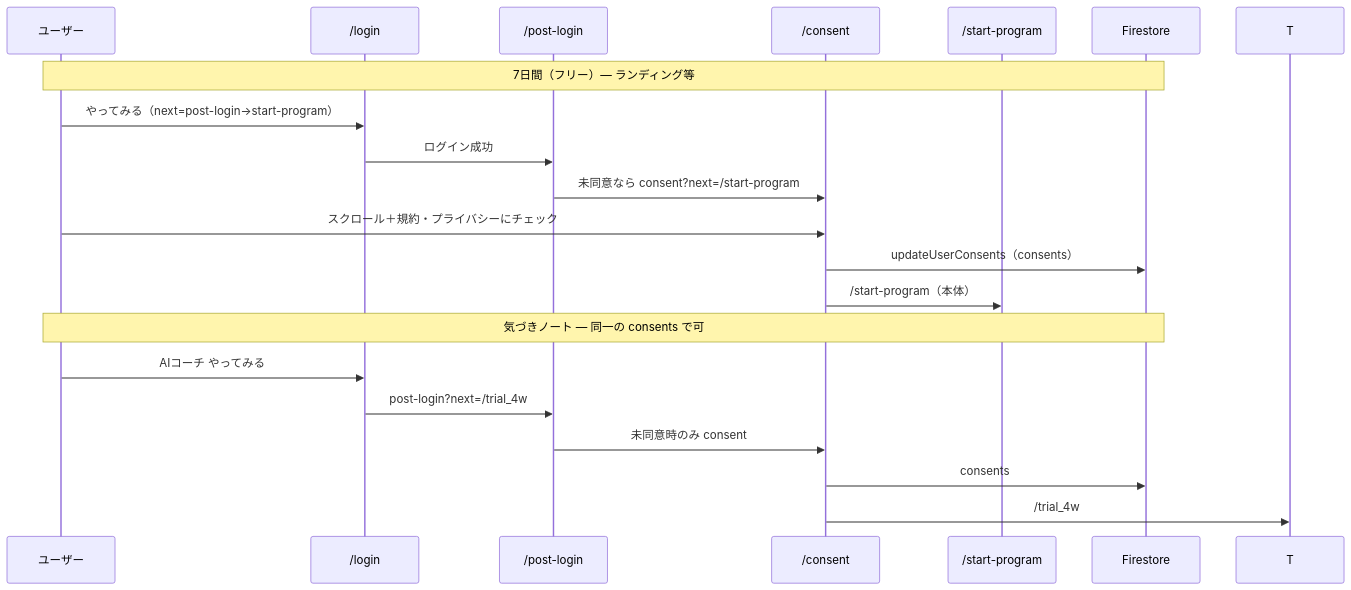
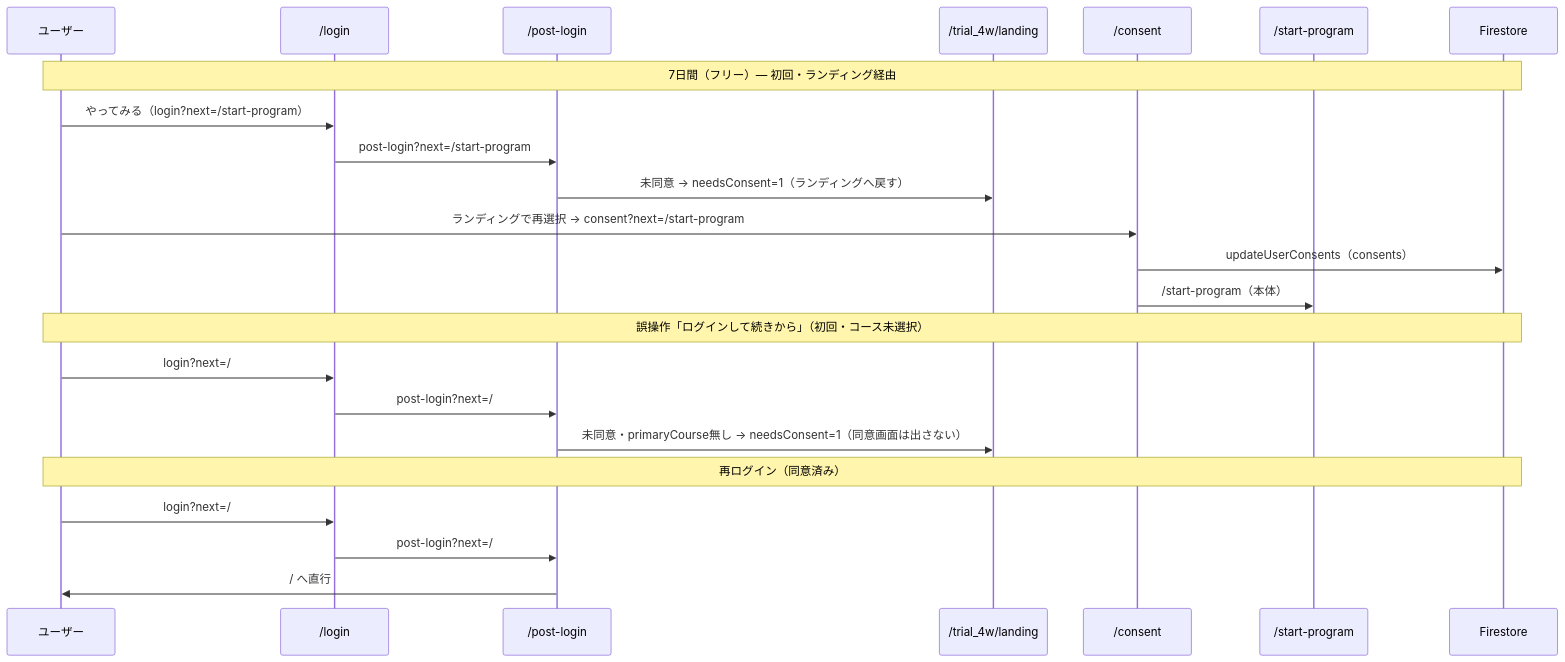
Before and after one commit to Tatsuro-Ikawa/project-02-manabiba: the diagram in docs/manabiba_01/04_HOME_SCREEN_IMPLEMENTATION.md, drawn with Mermaid. The commit also changed other lines of this file and 14 other files, not shown here.

````diff
--- a/docs/manabiba_01/04_HOME_SCREEN_IMPLEMENTATION.md
+++ b/docs/manabiba_01/04_HOME_SCREEN_IMPLEMENTATION.md
@@ -102,24 +106,28 @@
 ```mermaid
 sequenceDiagram
   participant U as ユーザー
   participant L as /login
   participant P as /post-login
+  participant LD as /trial_4w/landing
   participant C as /consent
   participant S as /start-program
   participant FS as Firestore
 
-  Note over U,FS: 7日間（フリー）— ランディング等
-  U->>L: やってみる（next=post-login→start-program）
-  L->>P: ログイン成功
-  P->>C: 未同意なら consent?next=/start-program
-  U->>C: スクロール＋規約・プライバシーにチェック
+  Note over U,FS: 7日間（フリー）— 初回・ランディング経由
+  U->>L: やってみる（login?next=/start-program）
+  L->>P: post-login?next=/start-program
+  P->>LD: 未同意 → needsConsent=1（ランディングへ戻す）
+  U->>C: ランディングで再選択 → consent?next=/start-program
   C->>FS: updateUserConsents（consents）
   C->>S: /start-program（本体）
 
-  Note over U,FS: 気づきノート — 同一の consents で可
-  U->>L: AIコーチ やってみる
-  L->>P: post-login?next=/trial_4w
-  P->>C: 未同意時のみ consent
-  C->>FS: consents
-  C->>T: /trial_4w
+  Note over U,FS: 誤操作「ログインして続きから」（初回・コース未選択）
+  U->>L: login?next=/
+  L->>P: post-login?next=/
+  P->>LD: 未同意・primaryCourse無し → needsConsent=1（同意画面は出さない）
+
+  Note over U,FS: 再ログイン（同意済み）
+  U->>L: login?next=/
+  L->>P: post-login?next=/
+  P->>U: / へ直行
 ```
````
